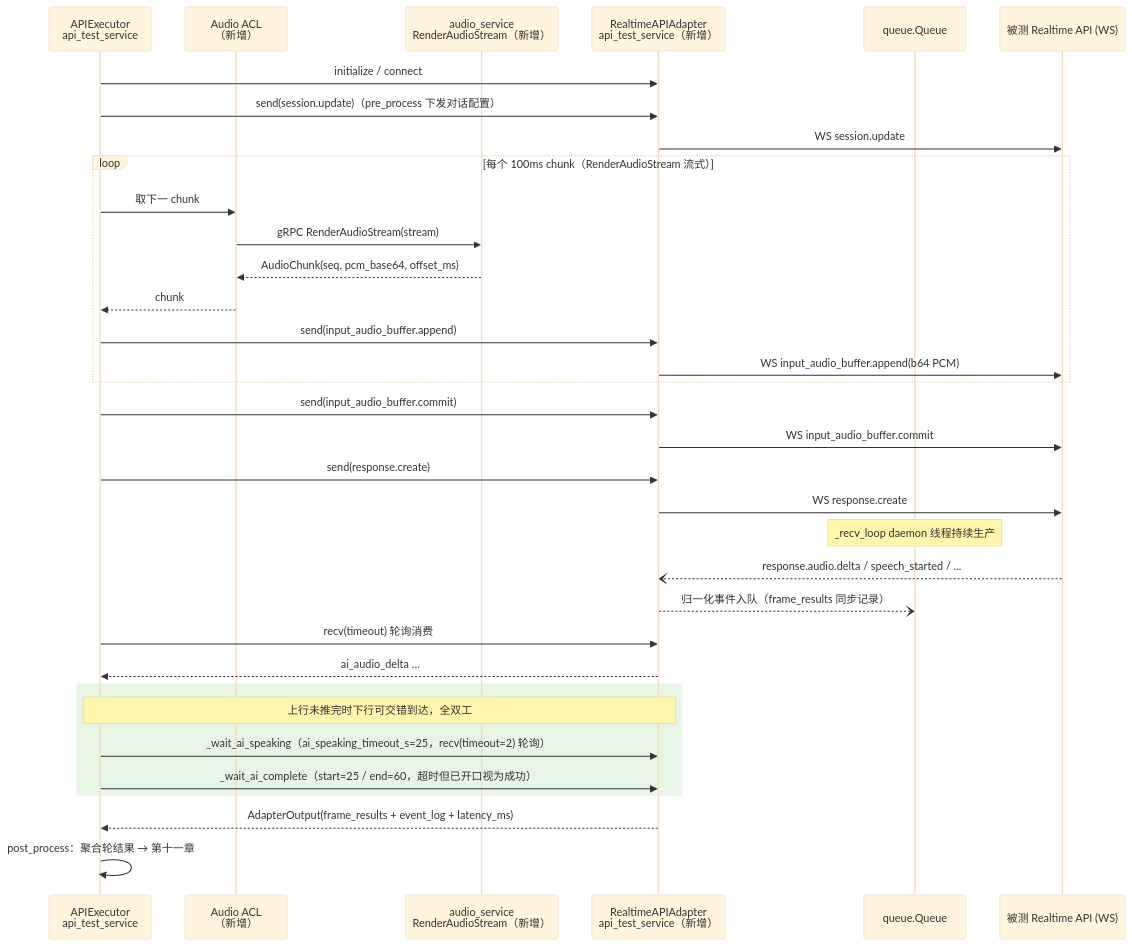
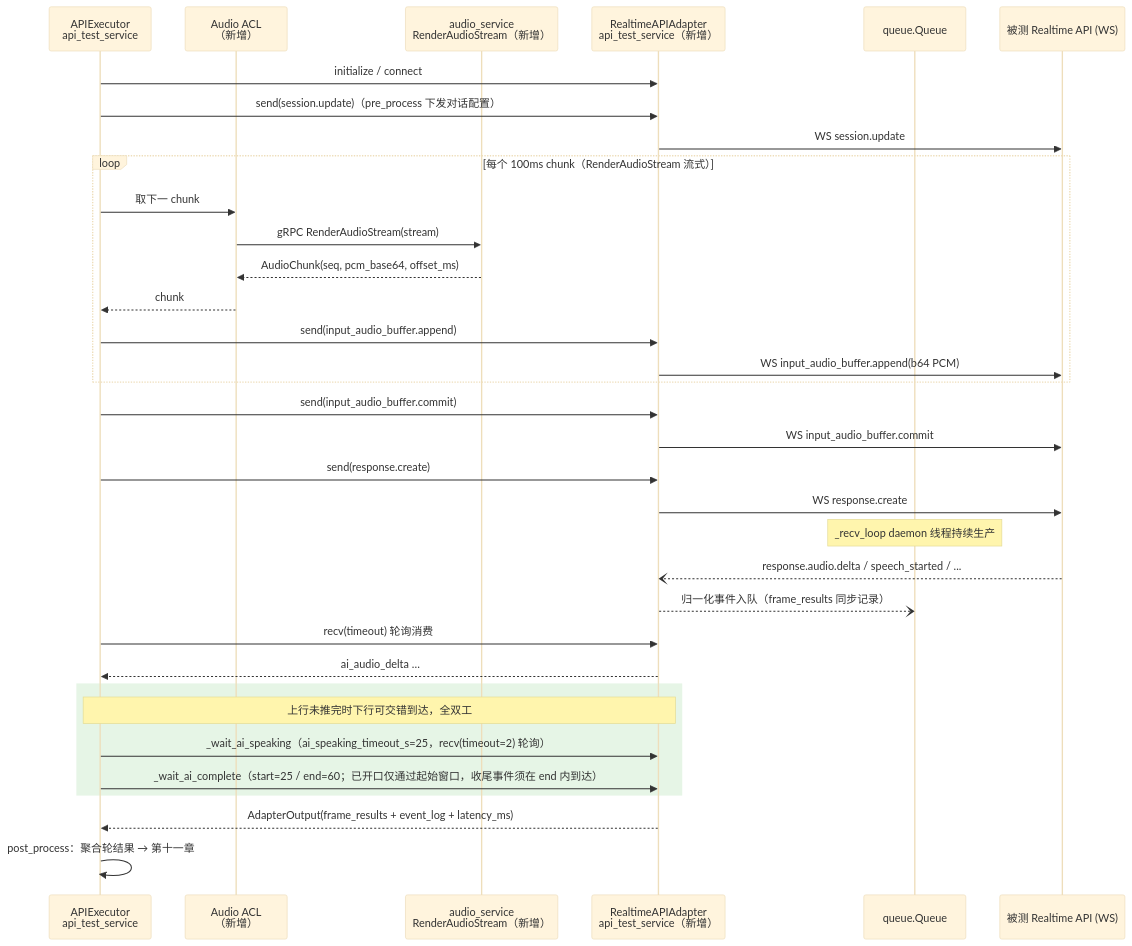
Before and after one commit to ydz-auto/intelligent_audio_test: the second of 5 diagrams in Intelligent-Audio-TEST/doc/功能设计文档/01_测试执行/07_流式推送与结果获取.md, drawn with Mermaid (base theme). The commit also changed other lines of this file and 3 other files, not shown here.

````diff
--- a/Intelligent-Audio-TEST/doc/功能设计文档/01_测试执行/07_流式推送与结果获取.md
+++ b/Intelligent-Audio-TEST/doc/功能设计文档/01_测试执行/07_流式推送与结果获取.md
@@ -174,41 +174,41 @@
 ```mermaid
 sequenceDiagram
     participant EX as APIExecutor<br/>api_test_service
     participant ACL as Audio ACL<br/>（新增）
     participant AU as audio_service<br/>RenderAudioStream（新增）
     participant AD as RealtimeAPIAdapter<br/>api_test_service（新增）
     participant Q as queue.Queue
     participant API as 被测 Realtime API (WS)
 
     EX->>AD: initialize / connect
     EX->>AD: send(session.update)（pre_process 下发对话配置）
     AD->>API: WS session.update
 
     loop 每个 100ms chunk（RenderAudioStream 流式）
         EX->>ACL: 取下一 chunk
         ACL->>AU: gRPC RenderAudioStream(stream)
         AU-->>ACL: AudioChunk(seq, pcm_base64, offset_ms)
         ACL-->>EX: chunk
         EX->>AD: send(input_audio_buffer.append)
         AD->>API: WS input_audio_buffer.append(b64 PCM)
     end
     EX->>AD: send(input_audio_buffer.commit)
     AD->>API: WS input_audio_buffer.commit
     EX->>AD: send(response.create)
     AD->>API: WS response.create
 
     Note over Q: _recv_loop daemon 线程持续生产
     API--)AD: response.audio.delta / speech_started / ...
     AD--)Q: 归一化事件入队（frame_results 同步记录）
     EX->>AD: recv(timeout) 轮询消费
     AD-->>EX: ai_audio_delta …
 
     rect rgb(230, 245, 230)
         Note over EX,AD: 上行未推完时下行可交错到达，全双工
         EX->>AD: _wait_ai_speaking（ai_speaking_timeout_s=25，recv(timeout=2) 轮询）
-        EX->>AD: _wait_ai_complete（start=25 / end=60，超时但已开口视为成功）
+        EX->>AD: _wait_ai_complete（start=25 / end=60；已开口仅通过起始窗口，收尾事件须在 end 内到达）
     end
 
     AD-->>EX: AdapterOutput(frame_results + event_log + latency_ms)
     EX->>EX: post_process：聚合轮结果 → 第十一章
 ```
````
